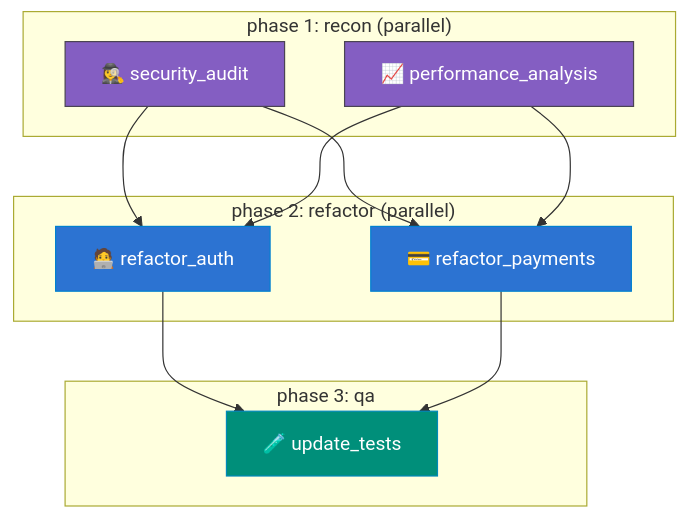
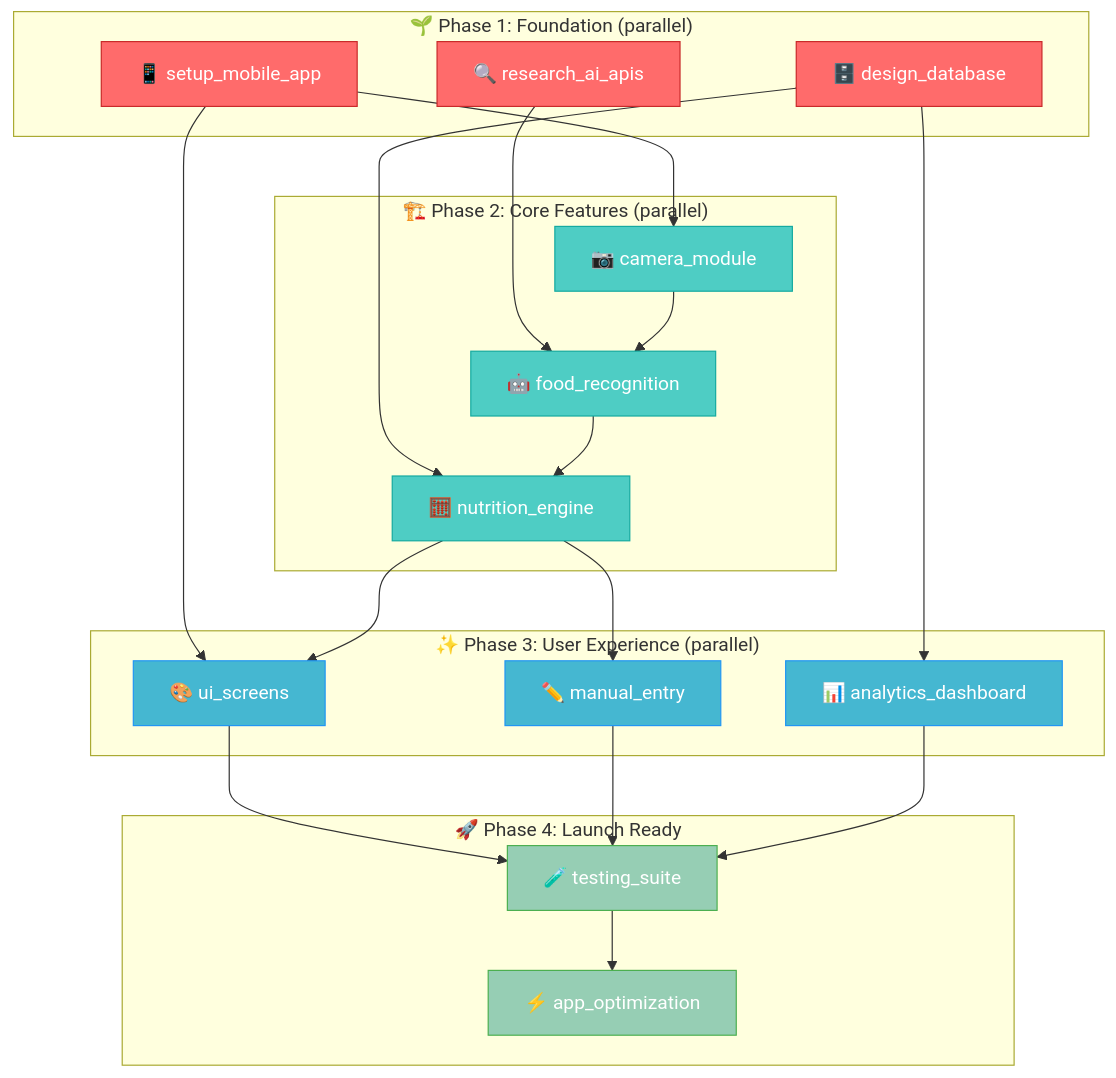
One commit to yigitkonur/claude-cto changed the third of 3 diagrams in README.md. Above: the diagram before and after it, drawn with Mermaid. The commit also changed other lines of this file, not shown here.

````diff
--- a/README.md
+++ b/README.md
@@ -204,27 +148,39 @@
 ```mermaid
 graph TD
-    subgraph "phase 1: recon (parallel)"
-        A[🕵️‍♀️ security_audit]:::phase1
-        B[📈 performance_analysis]:::phase1
+    subgraph "🌱 Phase 1: Foundation (parallel)"
+        A[📱 setup_mobile_app]:::phase1
+        B[🗄️ design_database]:::phase1
+        C[🔍 research_ai_apis]:::phase1
     end
-
-    subgraph "phase 2: refactor (parallel)"
-        C[🧑‍💻 refactor_auth]:::phase2
-        D[💳 refactor_payments]:::phase2
+    subgraph "🏗️ Phase 2: Core Features (parallel)"
+        D[📷 camera_module]:::phase2
+        E[🤖 food_recognition]:::phase2
+        F[🧮 nutrition_engine]:::phase2
     end
-
-    subgraph "phase 3: qa"
-        E[🧪 update_tests]:::phase3
+    subgraph "✨ Phase 3: User Experience (parallel)"
+        G[🎨 ui_screens]:::phase3
+        H[✏️ manual_entry]:::phase3
+        I[📊 analytics_dashboard]:::phase3
     end
-
-    A --> C
-    B --> C
+    subgraph "🚀 Phase 4: Launch Ready"
+        J[🧪 testing_suite]:::phase4
+        K[⚡ app_optimization]:::phase4
+    end
     A --> D
-    B --> D
+    A --> G
+    B --> F
+    B --> I
     C --> E
     D --> E
-
-    classDef phase1 fill:#845EC2,stroke:#4B4453,color:#fff
-    classDef phase2 fill:#2C73D2,stroke:#0081CF,color:#fff
-    classDef phase3 fill:#008F7A,stroke:#0089BA,color:#fff
+    E --> F
+    F --> G
+    F --> H
+    G --> J
+    H --> J
+    I --> J
+    J --> K
+    classDef phase1 fill:#FF6B6B,stroke:#C92A2A,color:#fff
+    classDef phase2 fill:#4ECDC4,stroke:#15AAA0,color:#fff
+    classDef phase3 fill:#45B7D1,stroke:#2196F3,color:#fff
+    classDef phase4 fill:#96CEB4,stroke:#4CAF50,color:#fff
 ```
````
